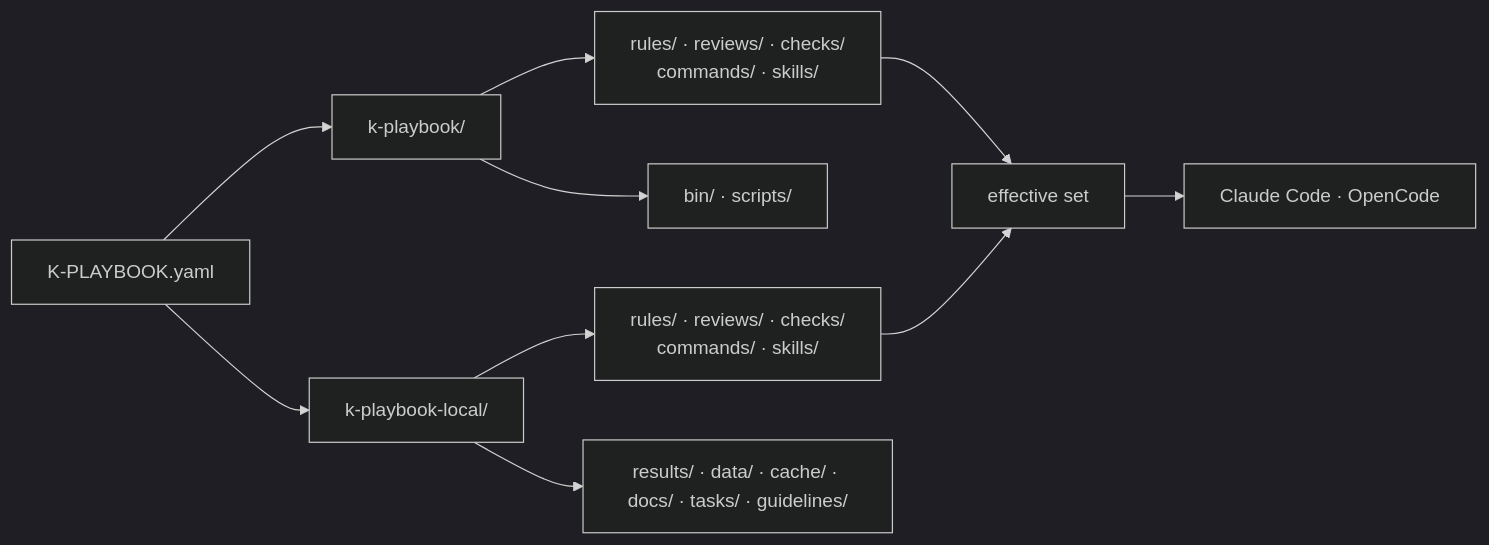
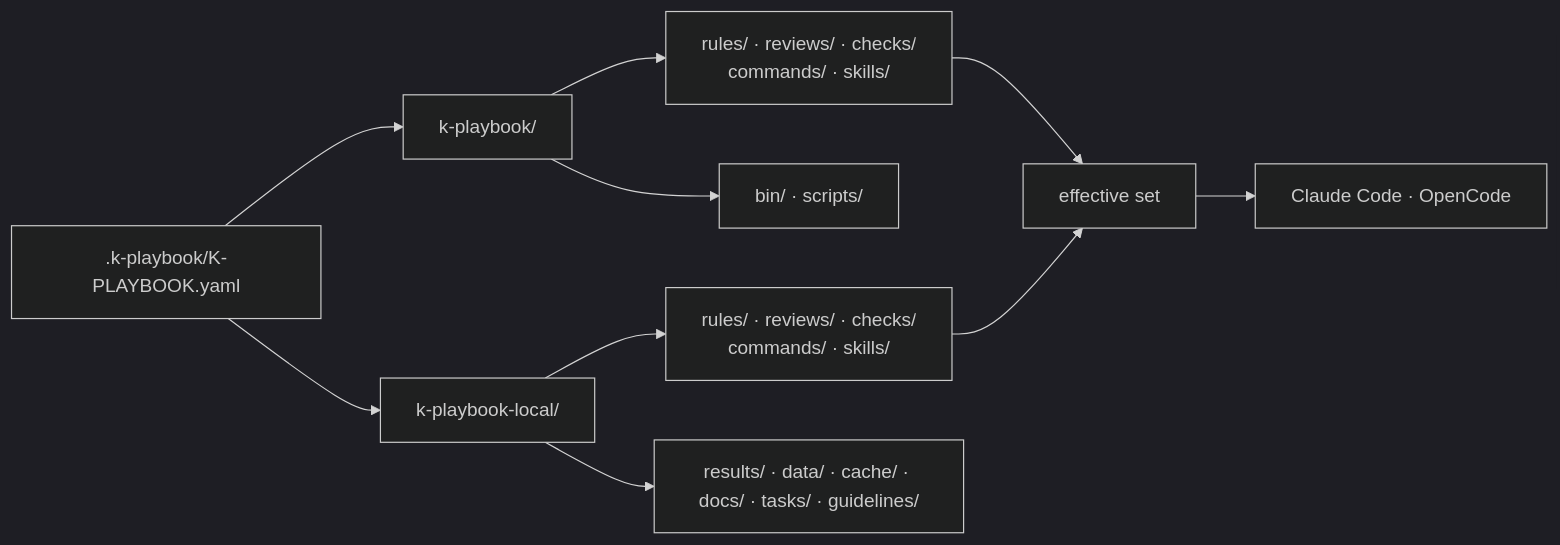
Before and after one commit to kascada/k-playbook: the first of 3 diagrams in docs/manual.md, drawn with Mermaid (dark theme). The commit also changed other lines of this file and 49 other files, not shown here.

````diff
--- a/docs/manual.md
+++ b/docs/manual.md
@@ -41,16 +42,16 @@
 ```mermaid
 flowchart LR
-    Anchor["K-PLAYBOOK.yaml"] --> Playbook["k-playbook/"]
+    Anchor[".k-playbook/K-PLAYBOOK.yaml"] --> Playbook["k-playbook/"]
     Anchor --> Local["k-playbook-local/"]
 
     Playbook --> Base["rules/ · reviews/ · checks/<br>commands/ · skills/"]
     Playbook --> Tool["bin/ · scripts/"]
 
     Local --> Overlay["rules/ · reviews/ · checks/<br>commands/ · skills/"]
     Local --> Artifacts["results/ · data/ · cache/ · docs/ · tasks/ · guidelines/"]
 
     Base --> Effective["effective set"]
     Overlay --> Effective
 
     Effective --> Assistant["Claude Code · OpenCode"]
 ```
````
